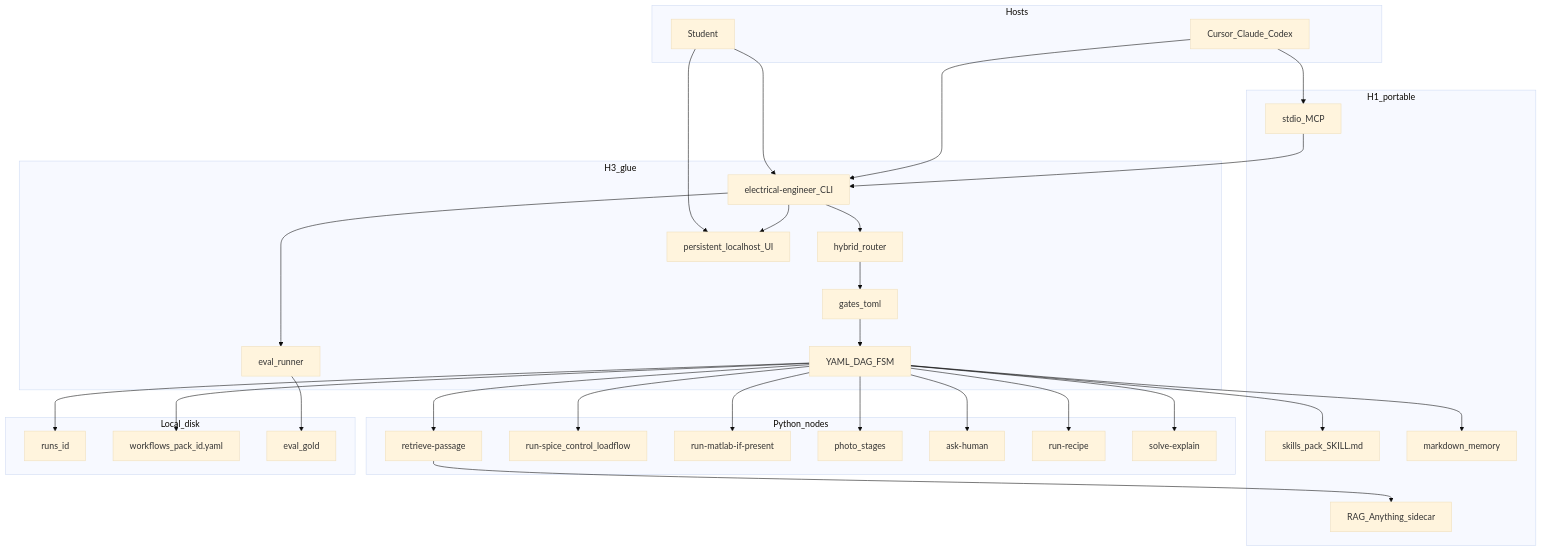
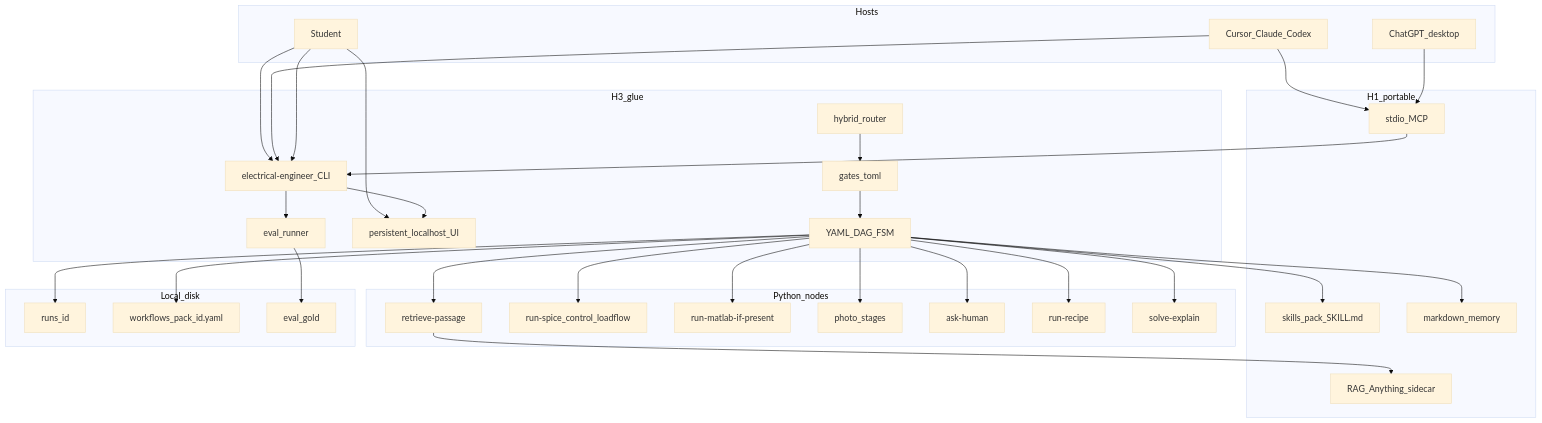
The diagram in docs/ARCHITECTURE.md (Vinayak-RZ/Electrical-Engineer), drawn with Mermaid (base theme) before and after one commit. The commit also changed other lines of this file, not shown here.

````diff
--- a/docs/ARCHITECTURE.md
+++ b/docs/ARCHITECTURE.md
@@ -15,58 +15,60 @@
 ```mermaid
 flowchart TB
   subgraph hosts [Hosts]
     Student[Student]
     Cursor[Cursor_Claude_Codex]
+    ChatDesk[ChatGPT_desktop]
   end
   subgraph cli [H3_glue]
     CLI[electrical-engineer_CLI]
     Router[hybrid_router]
     Gates[gates_toml]
     Runner[YAML_DAG_FSM]
     UI[persistent_localhost_UI]
     Eval[eval_runner]
   end
   subgraph portable [H1_portable]
     Skills[skills_pack_SKILL.md]
     MCP[stdio_MCP]
     RAG[RAG_Anything_sidecar]
     Mem[markdown_memory]
   end
   subgraph nodes [Python_nodes]
     NRet[retrieve-passage]
     NSim[run-spice_control_loadflow]
     NMat[run-matlab-if-present]
     NVis[photo_stages]
     NAsk[ask-human]
     NChild[run-recipe]
     NExpl[solve-explain]
   end
   subgraph disk [Local_disk]
     Runs[runs_id]
     Wf[workflows_pack_id.yaml]
     Gold[eval_gold]
   end
   Student --> CLI
   Student --> UI
   Cursor --> MCP
   Cursor --> CLI
-  CLI --> Router
+  ChatDesk --> MCP
+  Student --> CLI
   Router --> Gates
   Gates --> Runner
   CLI --> UI
   CLI --> Eval
   MCP --> CLI
   Runner --> NRet
   Runner --> NSim
   Runner --> NMat
   Runner --> NVis
   Runner --> NAsk
   Runner --> NChild
   Runner --> NExpl
   NRet --> RAG
   Runner --> Runs
   Runner --> Skills
   Runner --> Mem
   Eval --> Gold
   Runner --> Wf
 ```
````
